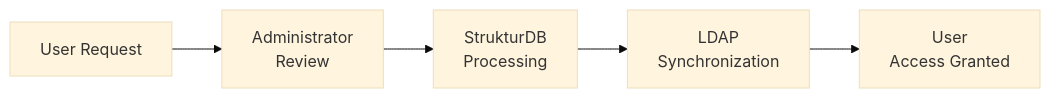
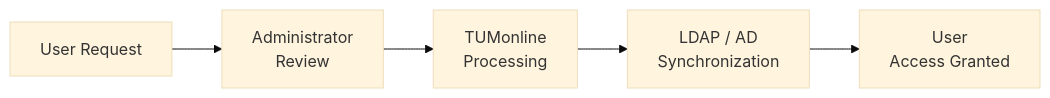
The second of 2 diagrams in en/chapters/02-administrator-roles.qmd (jtimo/tum-ito-admin-guide), drawn with Mermaid (base theme) before and after one commit. The commit also changed other lines of this file and 21 other files, not shown here.

````diff
--- a/en/chapters/02-administrator-roles.qmd
+++ b/en/chapters/02-administrator-roles.qmd
@@ -56,9 +54,9 @@
 ```{mermaid}
 %%| fig-cap: "User Management Workflow"
 flowchart LR
     Request["User Request"]
     Request --> Admin["Administrator<br/>Review"]
-    Admin --> StrukturDB["StrukturDB<br/>Processing"]
-    StrukturDB --> LDAP["LDAP<br/>Synchronization"]
+    Admin --> TUMonline["TUMonline<br/>Processing"]
+    TUMonline --> LDAP["LDAP / AD<br/>Synchronization"]
     LDAP --> Access["User<br/>Access Granted"]
 ```
````
